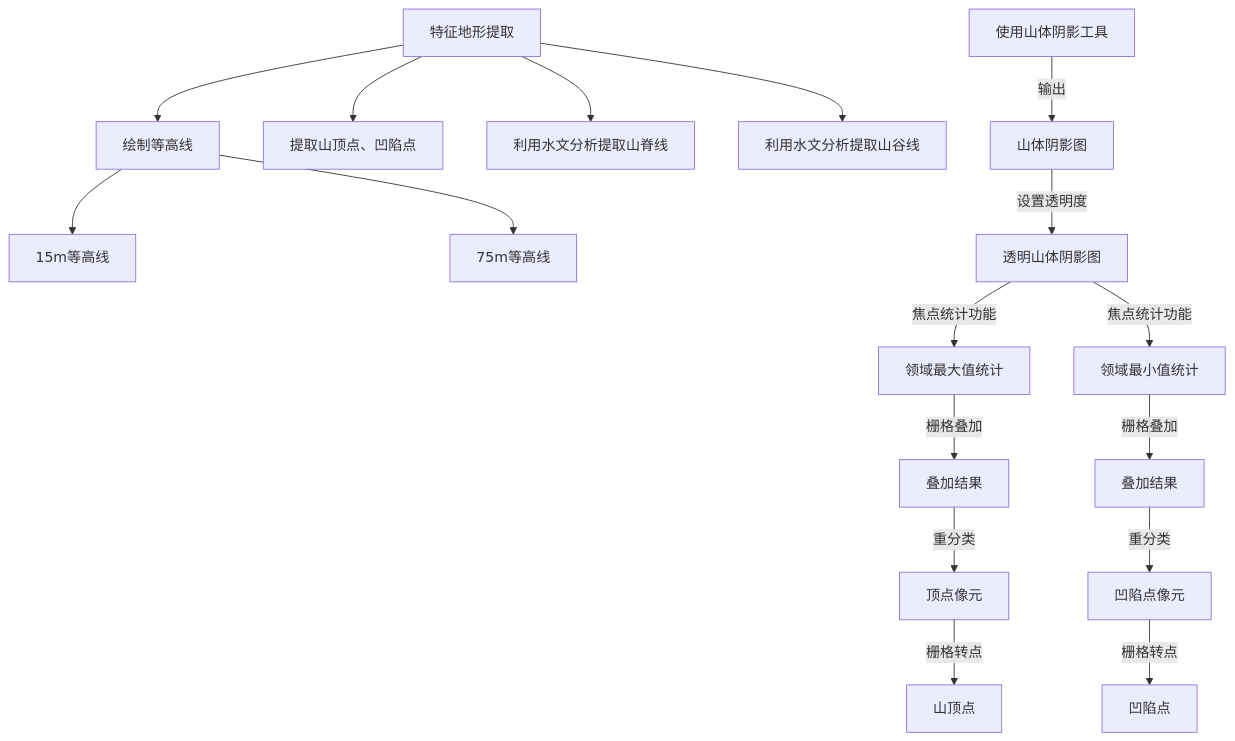
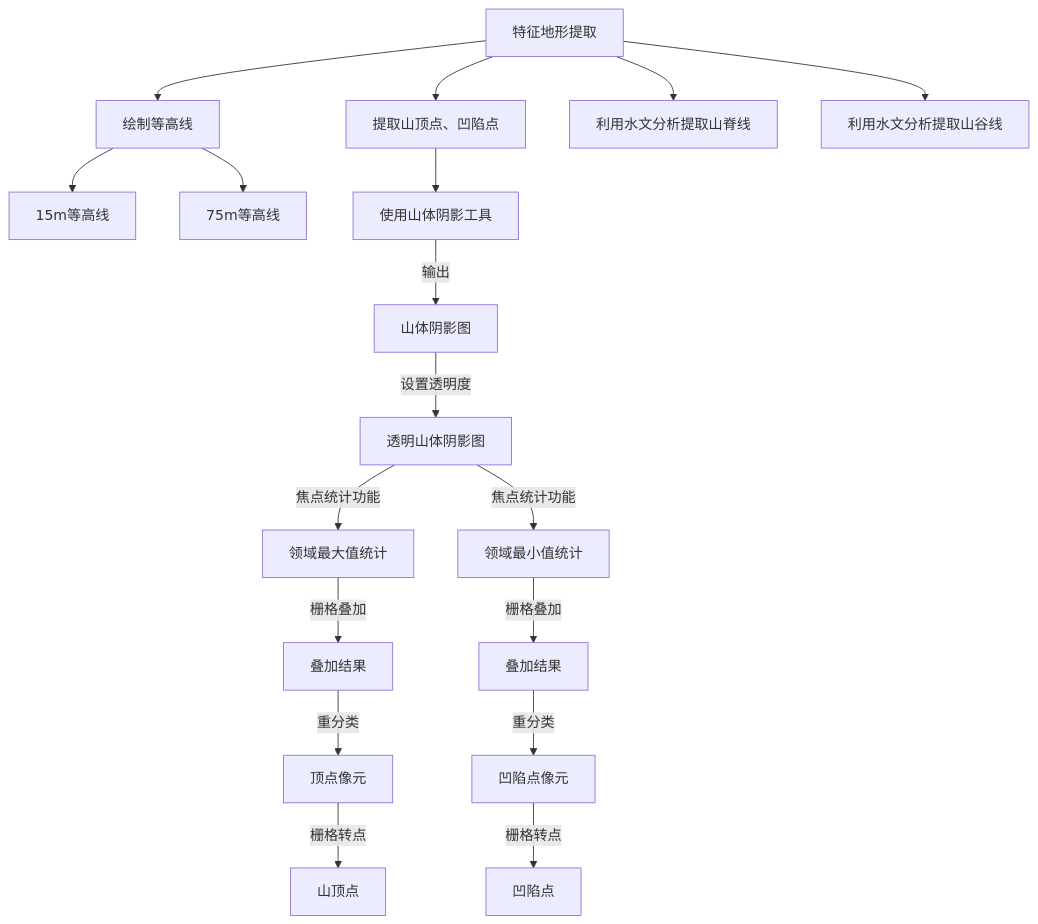
Before and after one commit to newguser/iodraw-files: the diagram in all/未命名-2.md, drawn with Mermaid.

Commit message:
2025-02-28 08:54:37 update

````diff
--- a/all/未命名-2.md
+++ b/all/未命名-2.md
@@ -1,20 +1,20 @@
 ```mermaid
 graph TD
     A[特征地形提取] --> B[绘制等高线]
    A --> C[提取山顶点、凹陷点]
     A --> D[利用水文分析提取山脊线]
     A --> E[利用水文分析提取山谷线]
     B[绘制等高线]--> B1[15m等高线]
     B[绘制等高线]--> B2[75m等高线]
-    C[提取山顶点、凹陷点]
+    C[提取山顶点、凹陷点]-->C1
      C1[使用山体阴影工具] -->|输出| C2[山体阴影图]
         C2 -->|设置透明度| C3[透明山体阴影图]
         C3 -->|焦点统计功能| C4[领域最大值统计]
         C4 -->|栅格叠加| C5[叠加结果]
         C5 -->|重分类| C6[顶点像元]
         C6 -->|栅格转点| C7[山顶点]
         C3 -->|焦点统计功能| C8[领域最小值统计]
         C8 -->|栅格叠加| C9[叠加结果]
         C9 -->|重分类| C10[凹陷点像元]
         C10 -->|栅格转点| C11[凹陷点]
 ```
````
